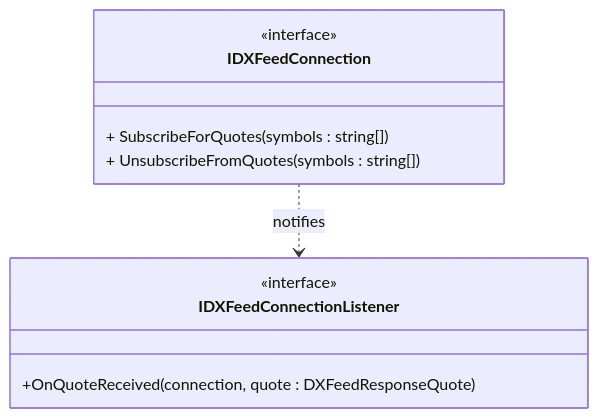
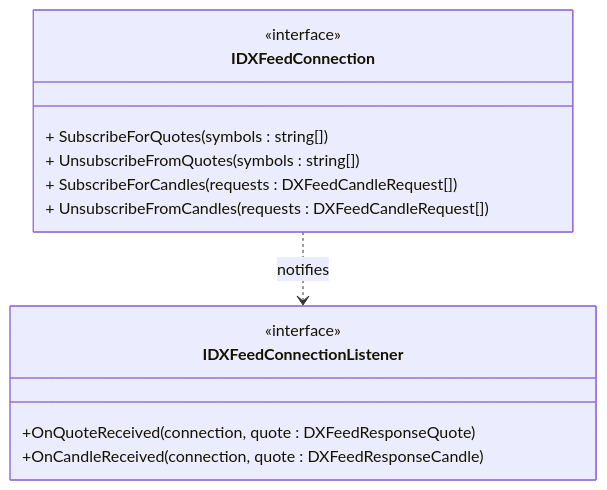
Before and after one commit to nikolaygekht/DXFeed.Net: the fourth of 6 diagrams in Doc/Details/connection.md, drawn with Mermaid. The commit also changed other lines of this file and 27 other files, not shown here.

````diff
--- a/Doc/Details/connection.md
+++ b/Doc/Details/connection.md
@@ -72,16 +79,19 @@
 ```mermaid
 classDiagram
 
 class IDXFeedConnectionListener {
   <<interface>>
   +OnQuoteReceived(connection, quote : DXFeedResponseQuote)
+  +OnCandleReceived(connection, quote : DXFeedResponseCandle)
 }
 
 class IDXFeedConnection {
   <<interface>>
   + SubscribeForQuotes(symbols : string[])
   + UnsubscribeFromQuotes(symbols : string[])
+  + SubscribeForCandles(requests : DXFeedCandleRequest[])
+  + UnsubscribeFromCandles(requests : DXFeedCandleRequest[])
 }
 
  IDXFeedConnection ..> IDXFeedConnectionListener : notifies
 ```
````
